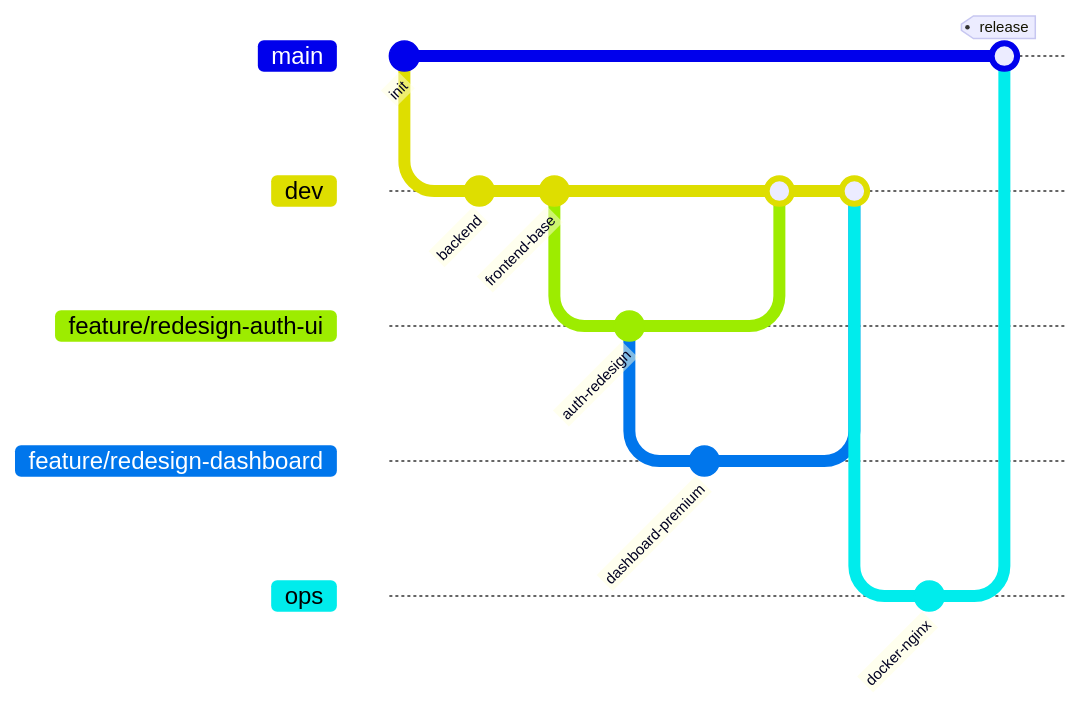
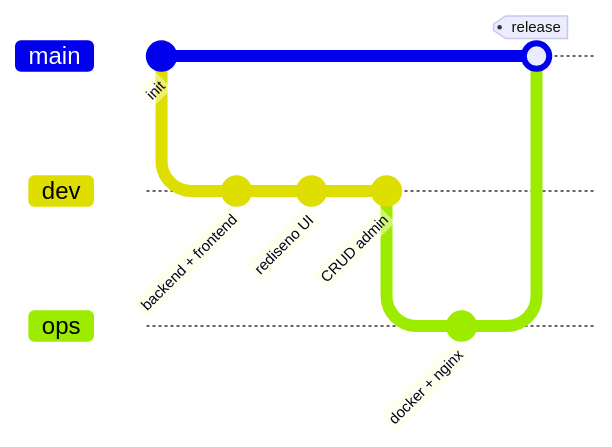
Before and after one commit to Miguel-cast/Laboratorio-4: the second of 2 diagrams in README.md, drawn with Mermaid. The commit also changed other lines of this file, not shown here.

````diff
--- a/README.md
+++ b/README.md
@@ -406,22 +187,14 @@
 ```mermaid
 gitGraph
     commit id: "init"
     branch dev
     checkout dev
-    commit id: "backend"
-    commit id: "frontend-base"
-    branch feature/redesign-auth-ui
-    checkout feature/redesign-auth-ui
-    commit id: "auth-redesign"
-    branch feature/redesign-dashboard
-    checkout feature/redesign-dashboard
-    commit id: "dashboard-premium"
-    checkout dev
-    merge feature/redesign-auth-ui
-    merge feature/redesign-dashboard
+    commit id: "backend + frontend"
+    commit id: "rediseno UI"
+    commit id: "CRUD admin"
     branch ops
     checkout ops
-    commit id: "docker-nginx"
+    commit id: "docker + nginx"
     checkout main
     merge ops tag: "release"
 ```
````
